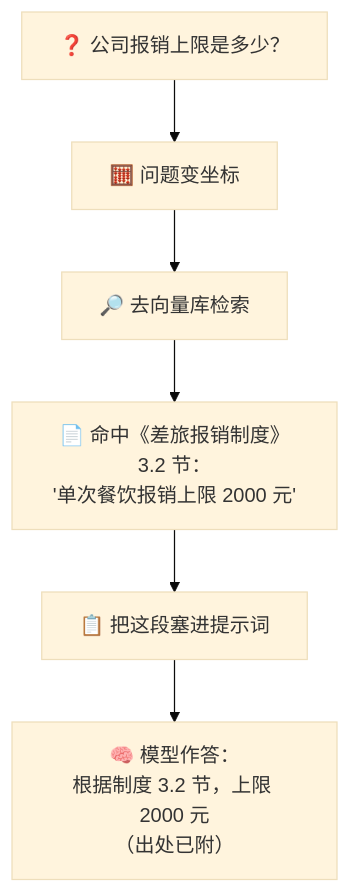
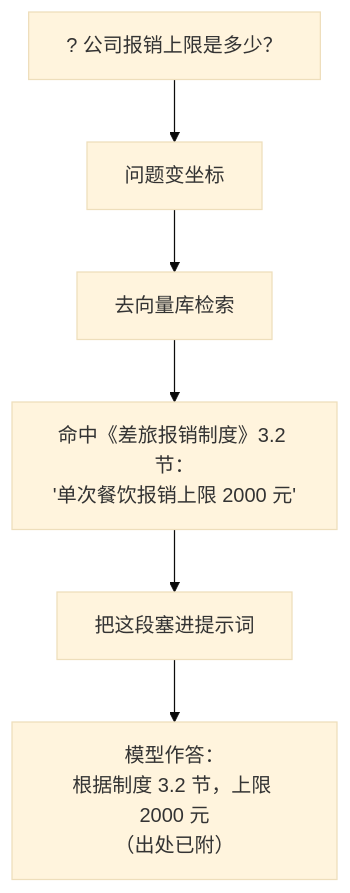
Before and after one commit to luckykhy/KhyAiHub: the fourth of 5 diagrams in docs/02_CONCEPTS_概念入门/CONCEPT/[CONCEPT-11] 什么是RAG-检索增强生成.md, drawn with Mermaid (base theme). The commit also changed other lines of this file and 19 other files, not shown here.

````diff
--- a/docs/02_CONCEPTS_概念入门/CONCEPT/[CONCEPT-11] 什么是RAG-检索增强生成.md
+++ b/docs/02_CONCEPTS_概念入门/CONCEPT/[CONCEPT-11] 什么是RAG-检索增强生成.md
@@ -211,8 +211,8 @@
 ```mermaid
 flowchart TD
-  Q["❓ 公司报销上限是多少？"] --> E["🧮 问题变坐标"]
-  E --> S["🔎 去向量库检索"]
-  S --> HIT["📄 命中《差旅报销制度》3.2 节：<br/>'单次餐饮报销上限 2000 元'"]
-  HIT --> P["📋 把这段塞进提示词"]
-  P --> ANS["🧠 模型作答：<br/>根据制度 3.2 节，上限 2000 元<br/>（出处已附）"]
+  Q["? 公司报销上限是多少？"] --> E["问题变坐标"]
+  E --> S["去向量库检索"]
+  S --> HIT["命中《差旅报销制度》3.2 节：<br/>'单次餐饮报销上限 2000 元'"]
+  HIT --> P["把这段塞进提示词"]
+  P --> ANS["模型作答：<br/>根据制度 3.2 节，上限 2000 元<br/>（出处已附）"]
 ```
````
